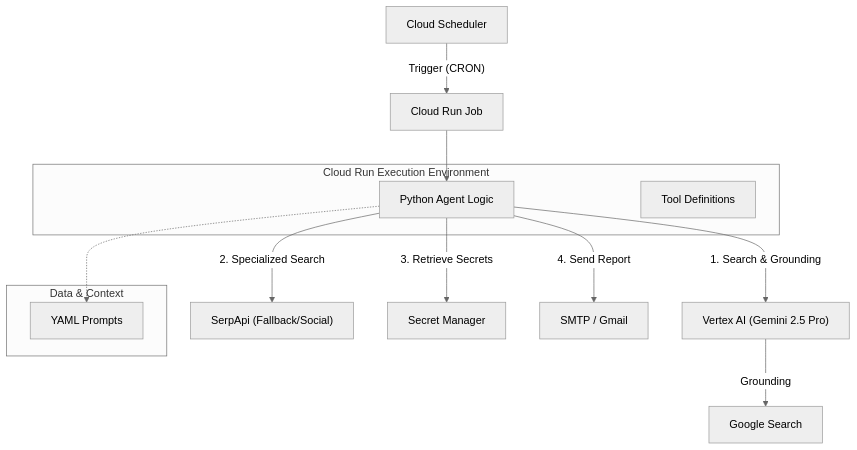
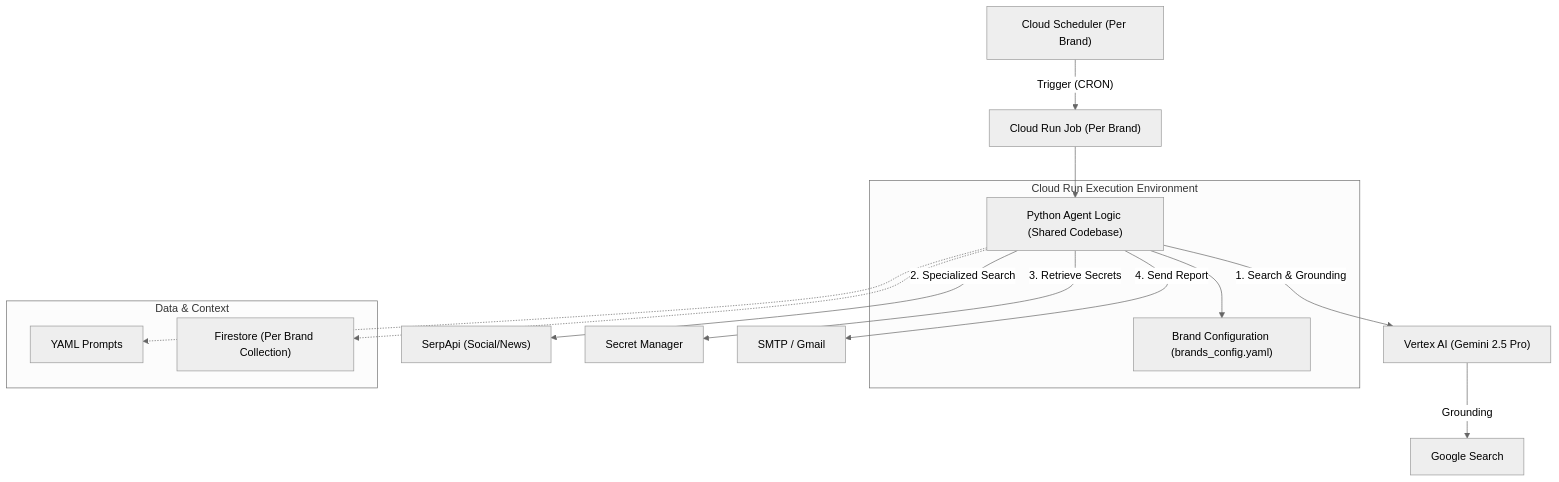
The diagram in TECHNICAL_GUIDE.md (renierperez/bch-brand-agent), drawn with Mermaid (neutral theme) before and after one commit. The commit also changed other lines of this file, not shown here.

Commit message:
docs: Update TECHNICAL_GUIDE.md for V5.0 Multi-Tenant Architecture

````diff
--- a/TECHNICAL_GUIDE.md
+++ b/TECHNICAL_GUIDE.md
@@ -17,26 +17,29 @@
 ```mermaid
 graph TD
-    Scheduler["Cloud Scheduler"] -->|"Trigger (CRON)"| RunJob["Cloud Run Job"]
+    Scheduler["Cloud Scheduler (Per Brand)"] -->|"Trigger (CRON)"| RunJob["Cloud Run Job (Per Brand)"]
     
     subgraph "Cloud Run Execution Environment"
-        Agent["Python Agent Logic"]
-        Tools["Tool Definitions"]
+        Agent["Python Agent Logic (Shared Codebase)"]
+        Config["Brand Configuration (brands_config.yaml)"]
     end
     
     RunJob --> Agent
+    Agent --> Config
     
     Agent -->|"1. Search & Grounding"| Vertex["Vertex AI (Gemini 2.5 Pro)"]
     Vertex -->|"Grounding"| GoogleSearch["Google Search"]
     
-    Agent -->|"2. Specialized Search"| SerpApi["SerpApi (Fallback/Social)"]
+    Agent -->|"2. Specialized Search"| SerpApi["SerpApi (Social/News)"]
     
     Agent -->|"3. Retrieve Secrets"| Secrets["Secret Manager"]
     
     Agent -->|"4. Send Report"| Gmail["SMTP / Gmail"]
     
     subgraph "Data & Context"
         Prompts["YAML Prompts"]
+        Memory["Firestore (Per Brand Collection)"]
     end
     
     Agent -.-> Prompts
+    Agent -.-> Memory
 ```
````
